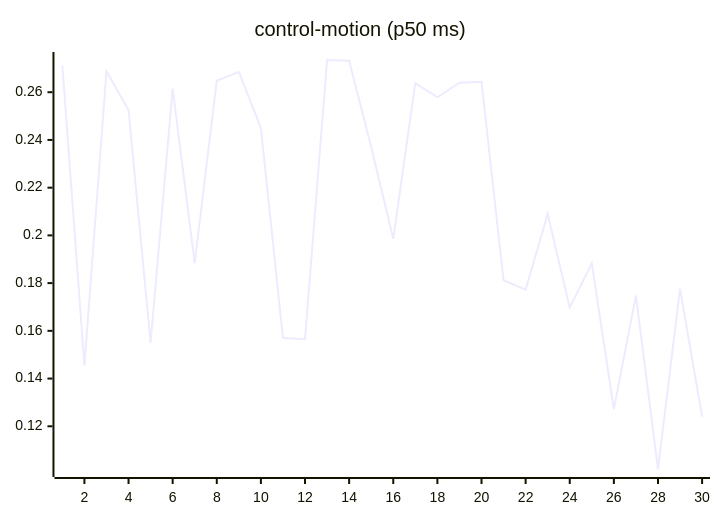
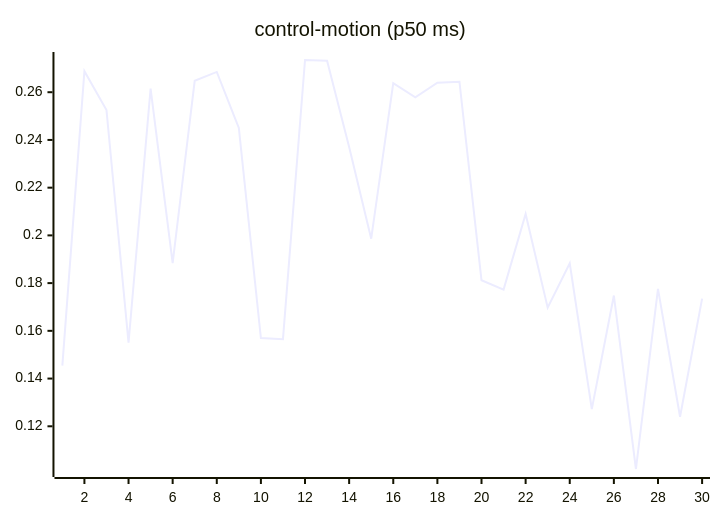
The seventh of 27 diagrams in README.md (josha/Facet), drawn with Mermaid before and after one commit. The commit also changed other lines of this file and 2 other files, not shown here.

````diff
--- a/README.md
+++ b/README.md
@@ -105,6 +105,6 @@
 ```mermaid
 xychart-beta
     title "control-motion (p50 ms)"
     x-axis 1 --> 30
-    line [0.2712, 0.1454, 0.2688, 0.2525, 0.1550, 0.2615, 0.1884, 0.2648, 0.2685, 0.2450, 0.1570, 0.1565, 0.2735, 0.2732, 0.2370, 0.1986, 0.2638, 0.2579, 0.2640, 0.2644, 0.1812, 0.1773, 0.2090, 0.1697, 0.1883, 0.1272, 0.1748, 0.1021, 0.1776, 0.1240]
+    line [0.1454, 0.2688, 0.2525, 0.1550, 0.2615, 0.1884, 0.2648, 0.2685, 0.2450, 0.1570, 0.1565, 0.2735, 0.2732, 0.2370, 0.1986, 0.2638, 0.2579, 0.2640, 0.2644, 0.1812, 0.1773, 0.2090, 0.1697, 0.1883, 0.1272, 0.1748, 0.1021, 0.1776, 0.1240, 0.1735]
 ```
````
